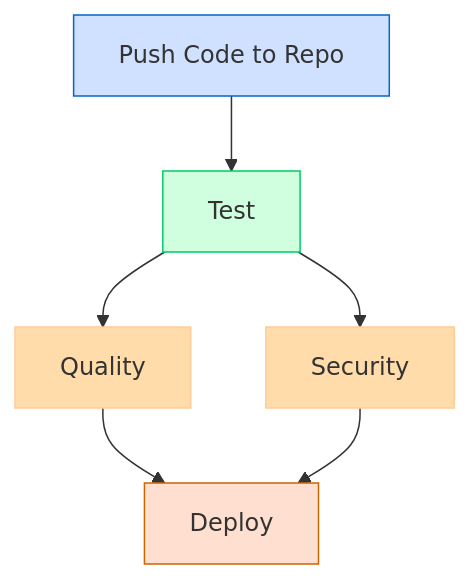
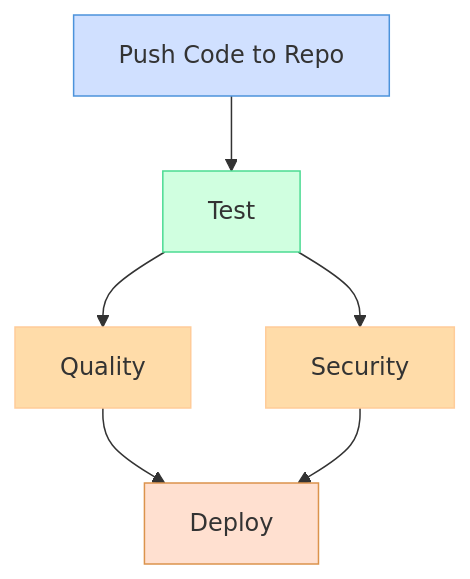
One commit to wolkwork/ci-cd-pipeline changed the diagram in README.md. Above: the diagram before and after it, drawn with Mermaid. The commit also changed 1 other file, not shown here.

Commit message:
fix coloring diagram

````diff
--- a/README.md
+++ b/README.md
@@ -16,14 +16,14 @@
 ```mermaid
 flowchart TD
     A[Push Code to Repo] --> B[Test]
     B --> C[Quality]
     B --> D[Security]
     C --> E[Deploy]
     D --> E
 
-    style A fill:#d0e0ff,stroke:#0066cc
-    style B fill:#d0ffe0,stroke:#00cc66
+    style A fill:#d0e0ff,stroke:#4c93db
+    style B fill:#d0ffe0,stroke:#4cdb93
     style C fill:#ffdca9,stroke:#ffcc99
     style D fill:#ffdca9,stroke:#ffcc99
-    style E fill:#ffe0d0,stroke:#cc6600
+    style E fill:#ffe0d0,stroke:#db934c
 ```
````
